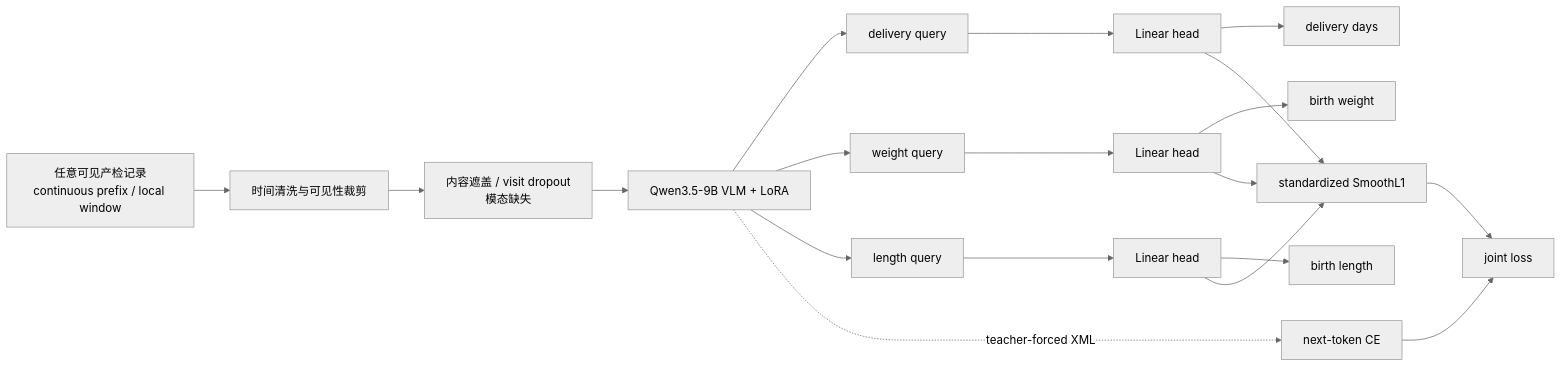
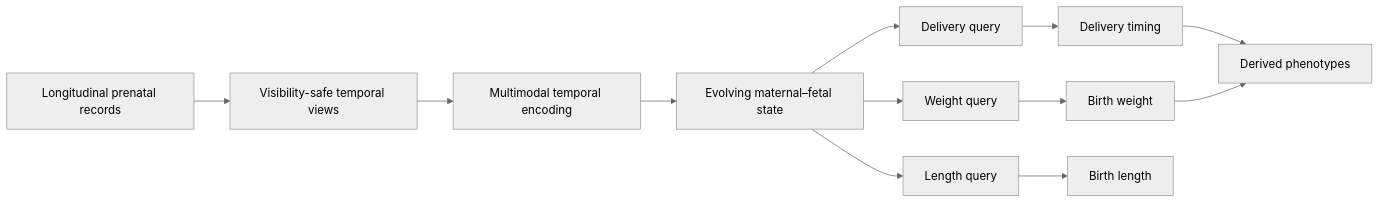
The diagram in README.md (Yore0/FetusGrowth), drawn with Mermaid (neutral theme) before and after one commit. The commit also changed other lines of this file and 1 other file, not shown here.

````diff
--- a/README.md
+++ b/README.md
@@ -32,18 +135,14 @@
 ```mermaid
 flowchart LR
-    A["任意可见产检记录<br/>continuous prefix / local window"] --> B["时间清洗与可见性裁剪"]
-    B --> C["内容遮盖 / visit dropout<br/>模态缺失"]
-    C --> D["Qwen3.5-9B VLM + LoRA"]
-    D --> Q1["delivery query"]
-    D --> Q2["weight query"]
-    D --> Q3["length query"]
-    Q1 --> H1["Linear head"]
-    Q2 --> H2["Linear head"]
-    Q3 --> H3["Linear head"]
-    H1 --> Y1["delivery days"]
-    H2 --> Y2["birth weight"]
-    H3 --> Y3["birth length"]
-    D -. "teacher-forced XML" .-> CE["next-token CE"]
-    H1 & H2 & H3 --> REG["standardized SmoothL1"]
-    CE & REG --> LOSS["joint loss"]
+    A["Longitudinal prenatal records"] --> B["Visibility-safe temporal views"]
+    B --> C["Multimodal temporal encoding"]
+    C --> D["Evolving maternal–fetal state"]
+    D --> E1["Delivery query"]
+    D --> E2["Weight query"]
+    D --> E3["Length query"]
+    E1 --> F1["Delivery timing"]
+    E2 --> F2["Birth weight"]
+    E3 --> F3["Birth length"]
+    F1 --> G["Derived phenotypes"]
+    F2 --> G
 ```
````
